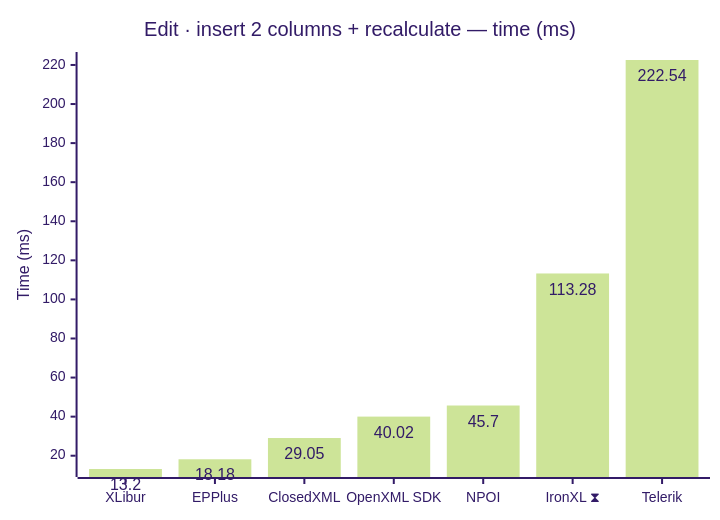
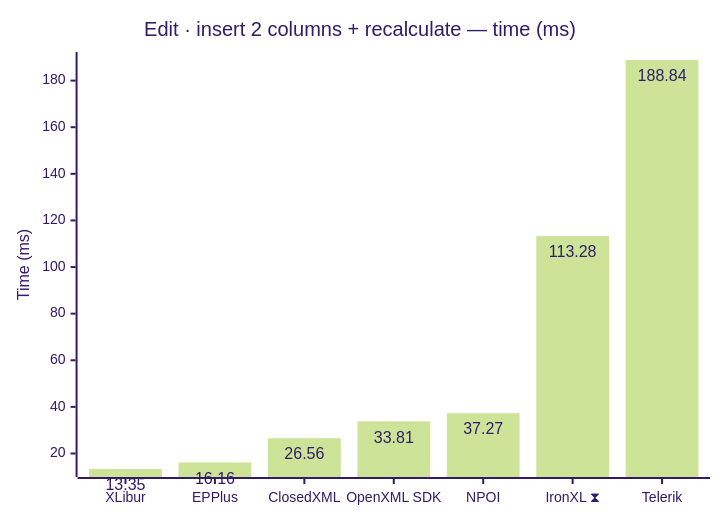
Before and after one commit to jafin/XLBench: diagram 11 of 12 in docs/results.md, drawn with Mermaid (forest theme). The commit also changed other lines of this file and 4 other files, not shown here.

````diff
--- a/docs/results.md
+++ b/docs/results.md
@@ -170,12 +170,12 @@
 ```mermaid
 ---
 config:
   xyChart:
     showDataLabel: true
 ---
 xychart-beta
     title "Edit · insert 2 columns + recalculate — time (ms)"
     x-axis ["XLibur", "EPPlus", "ClosedXML", "OpenXML SDK", "NPOI", "IronXL ⧗", "Telerik"]
     y-axis "Time (ms)"
-    bar [13.2, 18.18, 29.05, 40.02, 45.7, 113.28, 222.54]
+    bar [13.35, 16.16, 26.56, 33.81, 37.27, 113.28, 188.84]
 ```
````
